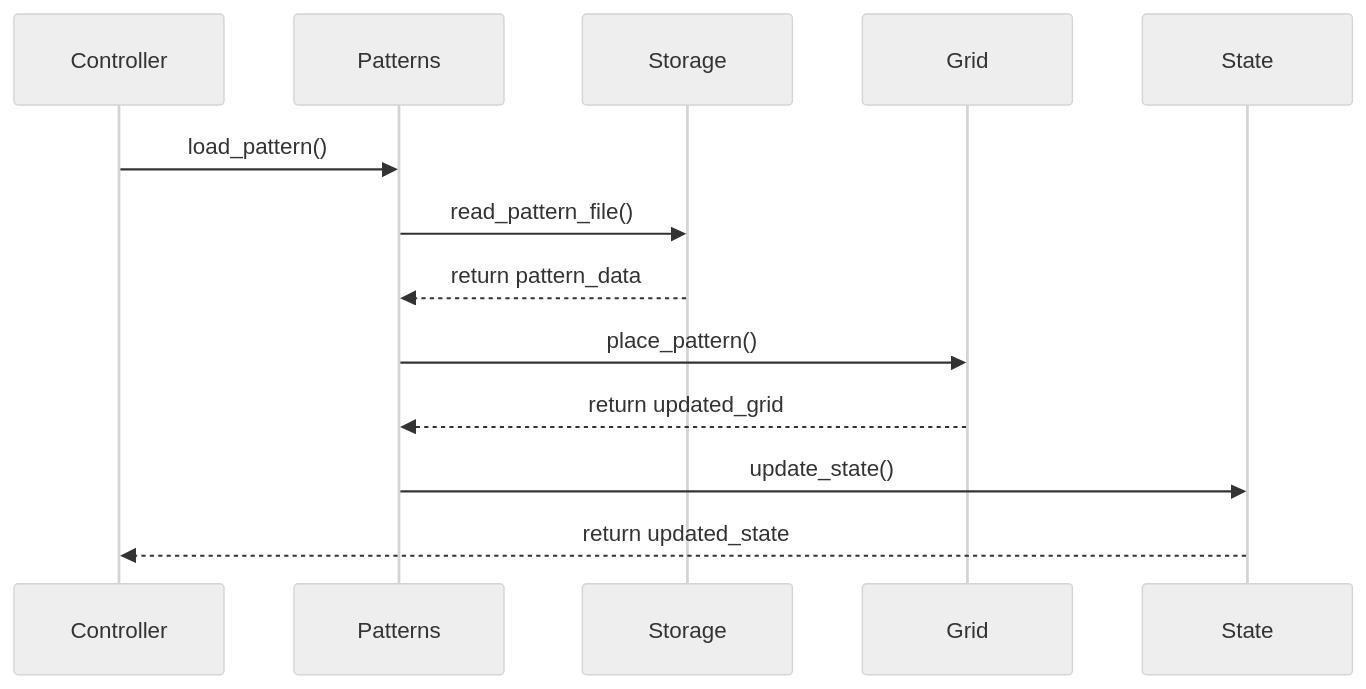
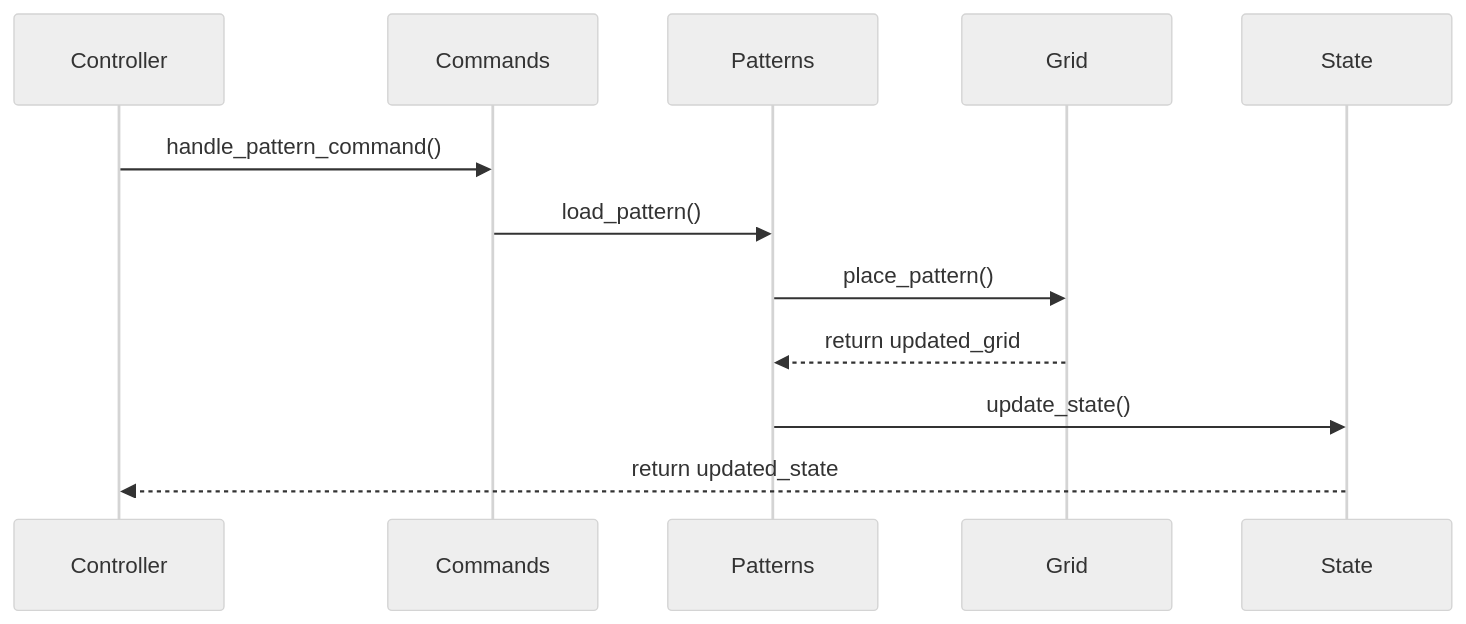
Before and after one commit to dewe/py-gol: the third of 6 diagrams in docs/diagrams.md, drawn with Mermaid (neutral theme). The commit also changed other lines of this file and 7 other files, not shown here.

````diff
--- a/docs/diagrams.md
+++ b/docs/diagrams.md
@@ -60,16 +68,15 @@
 ```mermaid
 sequenceDiagram
     participant Controller
+    participant Commands
     participant Patterns
-    participant Storage
     participant Grid
     participant State
     
-    Controller->>Patterns: load_pattern()
-    Patterns->>Storage: read_pattern_file()
-    Storage-->>Patterns: return pattern_data
+    Controller->>Commands: handle_pattern_command()
+    Commands->>Patterns: load_pattern()
     Patterns->>Grid: place_pattern()
     Grid-->>Patterns: return updated_grid
     Patterns->>State: update_state()
     State-->>Controller: return updated_state
 ```
````
